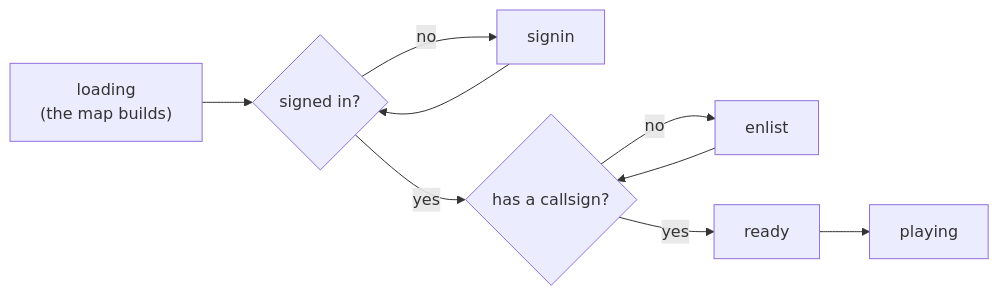
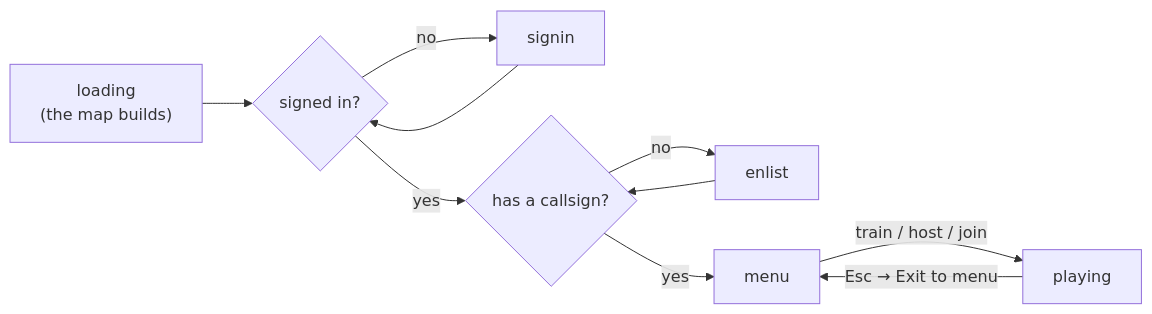
Before and after one commit to ConstCorrectness/horrible-dashboard: the second of 5 diagrams in docs/modules/hassault.mdx, drawn with Mermaid. The commit also changed other lines of this file and 33 other files, not shown here.

````diff
--- a/docs/modules/hassault.mdx
+++ b/docs/modules/hassault.mdx
@@ -383,10 +584,12 @@
 ```mermaid
 flowchart LR
   L["loading<br/>(the map builds)"] --> S{signed in?}
   S -- no --> I[signin]
   I --> S
   S -- yes --> E{has a callsign?}
   E -- no --> N[enlist]
   N --> E
-  E -- yes --> R[ready] --> P[playing]
+  E -- yes --> M[menu]
+  M -- "train / host / join" --> P[playing]
+  P -- "Esc → Exit to menu" --> M
 ```
````
